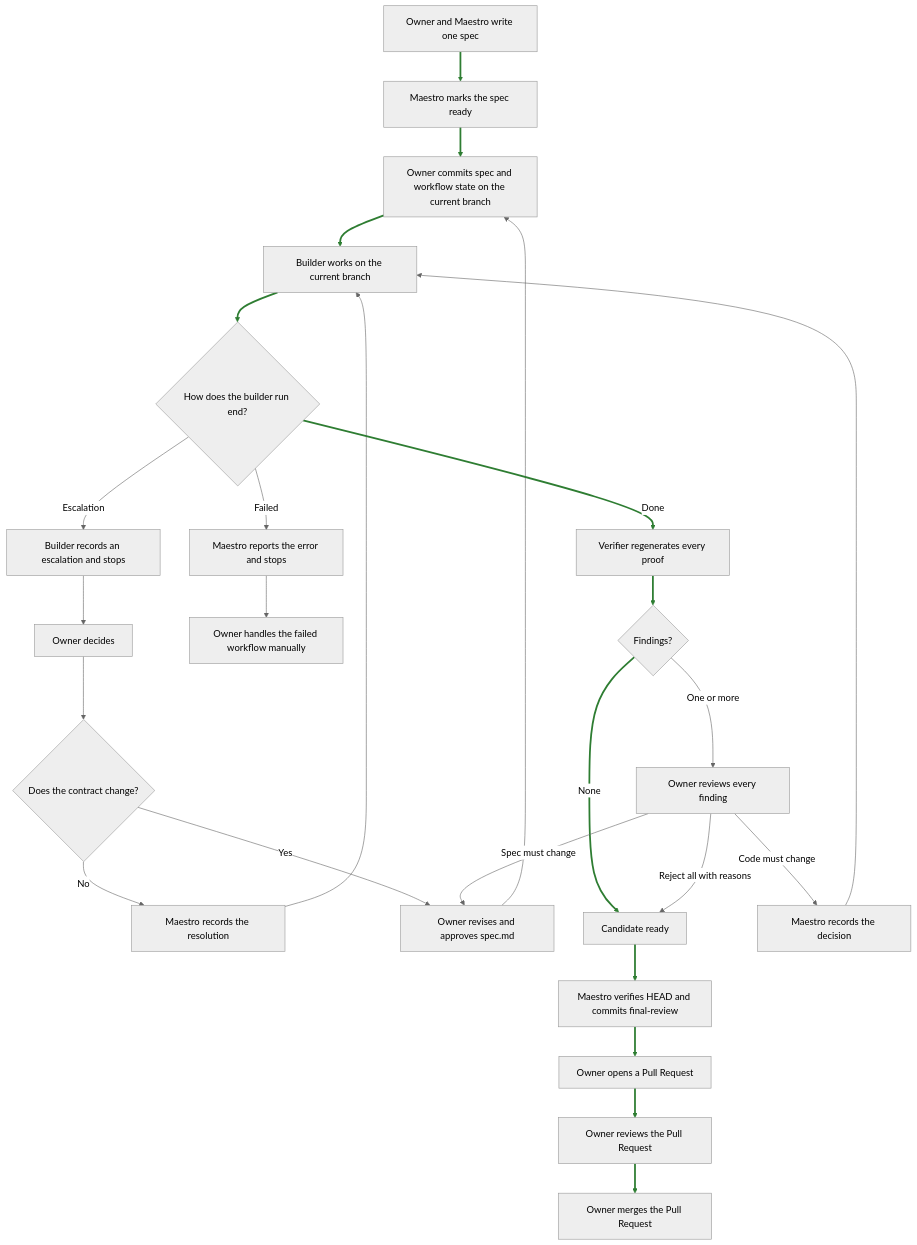
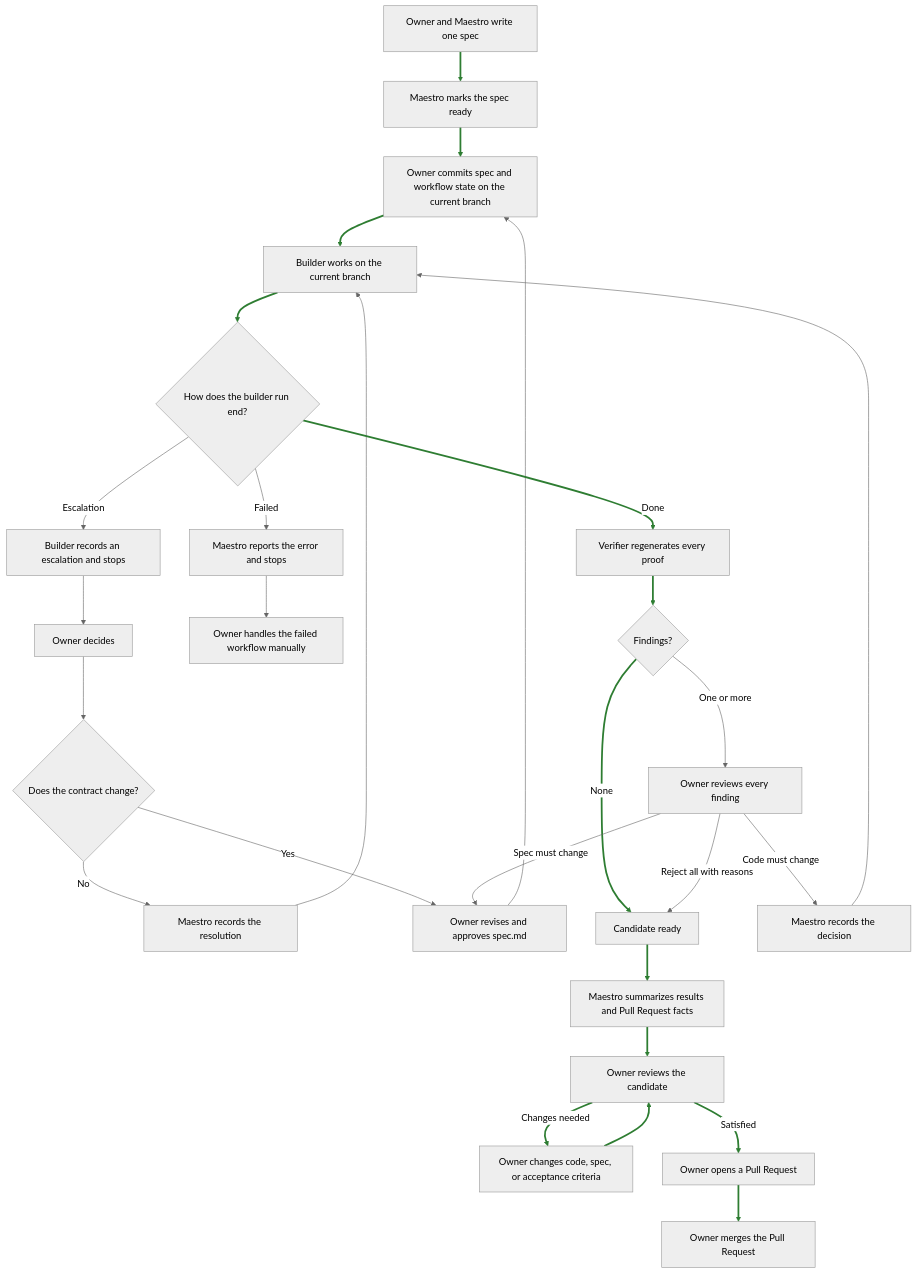
The diagram in docs/workflow.md (emilioSp/pi-maestro), drawn with Mermaid (neutral theme) before and after one commit. The commit also changed other lines of this file and 31 other files, not shown here.

````diff
--- a/docs/workflow.md
+++ b/docs/workflow.md
@@ -82,42 +83,44 @@
 ```mermaid
 flowchart TD
     spec[Owner and Maestro write one spec]
     ready[Maestro marks the spec ready]
     approval[Owner commits spec and workflow state on the current branch]
     build[Builder works on the current branch]
     buildOutcome{How does the builder run end?}
 
     spec --> ready
     ready --> approval
     approval --> build
     build --> buildOutcome
 
     buildOutcome -->|Escalation| escalation[Builder records an escalation and stops]
     escalation --> ownerAnswer[Owner decides]
     ownerAnswer --> escalationOutcome{Does the contract change?}
     escalationOutcome -->|No| recordContinue[Maestro records the resolution]
     recordContinue --> build
     escalationOutcome -->|Yes| reviseSpec[Owner revises and approves spec.md]
     reviseSpec --> approval
 
     buildOutcome -->|Failed| builderFailed[Maestro reports the error and stops]
     builderFailed --> abandoned[Owner handles the failed workflow manually]
 
     buildOutcome -->|Done| verify[Verifier regenerates every proof]
     verify --> findings{Findings?}
 
     findings -->|None| candidate[Candidate ready]
     findings -->|One or more| ownerFindings[Owner reviews every finding]
 
     ownerFindings -->|Reject all with reasons| candidate
     ownerFindings -->|Code must change| returnBuilder[Maestro records the decision]
     returnBuilder --> build
     ownerFindings -->|Spec must change| reviseSpec
 
-    candidate --> finalReview[Maestro verifies HEAD and commits final-review]
-    finalReview --> pullRequest[Owner opens a Pull Request]
-    pullRequest --> ownerReview[Owner reviews the Pull Request]
-    ownerReview --> merge[Owner merges the Pull Request]
+    candidate --> summary[Maestro summarizes results and Pull Request facts]
+    summary --> ownerReview[Owner reviews the candidate]
+    ownerReview -->|Changes needed| adjust[Owner changes code, spec, or acceptance criteria]
+    adjust --> ownerReview
+    ownerReview -->|Satisfied| pullRequest[Owner opens a Pull Request]
+    pullRequest --> merge[Owner merges the Pull Request]
 
-    linkStyle 0,1,2,3,13,14,15,21,22,23,24 stroke:#2e7d32,stroke-width:3px
+    linkStyle 0,1,2,3,13,14,15,21,22,23,24,25,26 stroke:#2e7d32,stroke-width:3px
 ```
````
